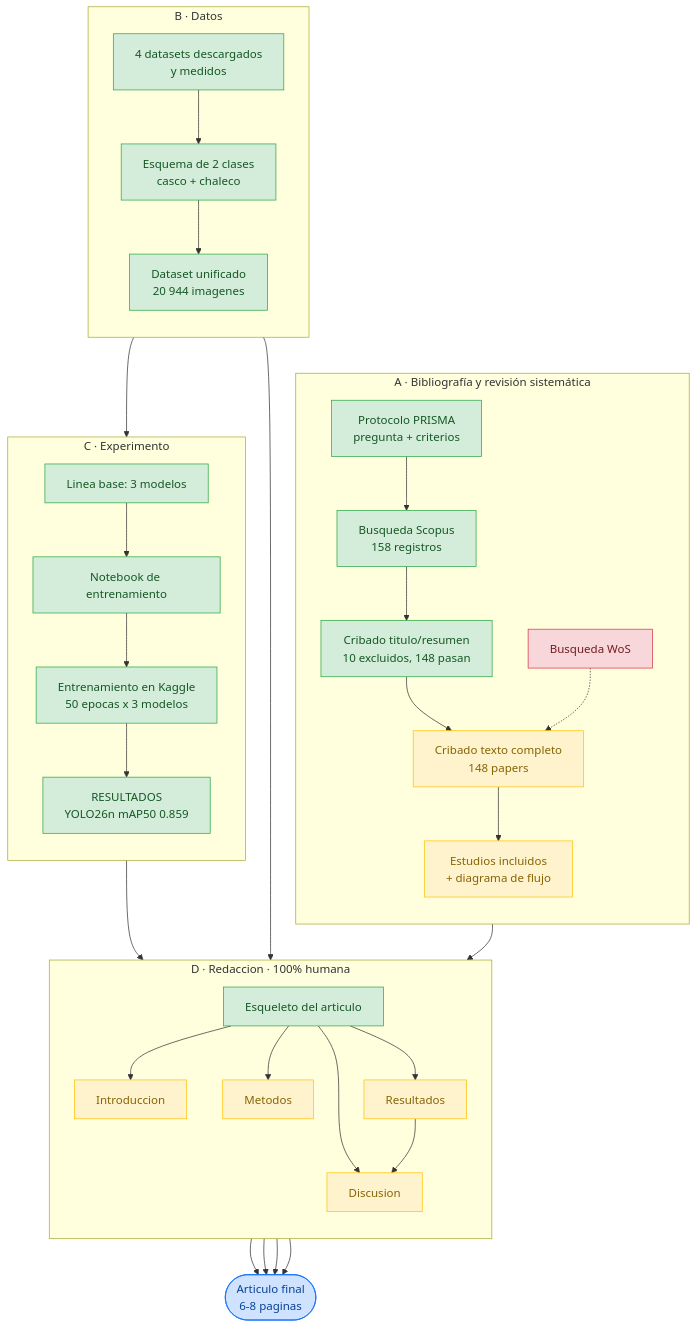
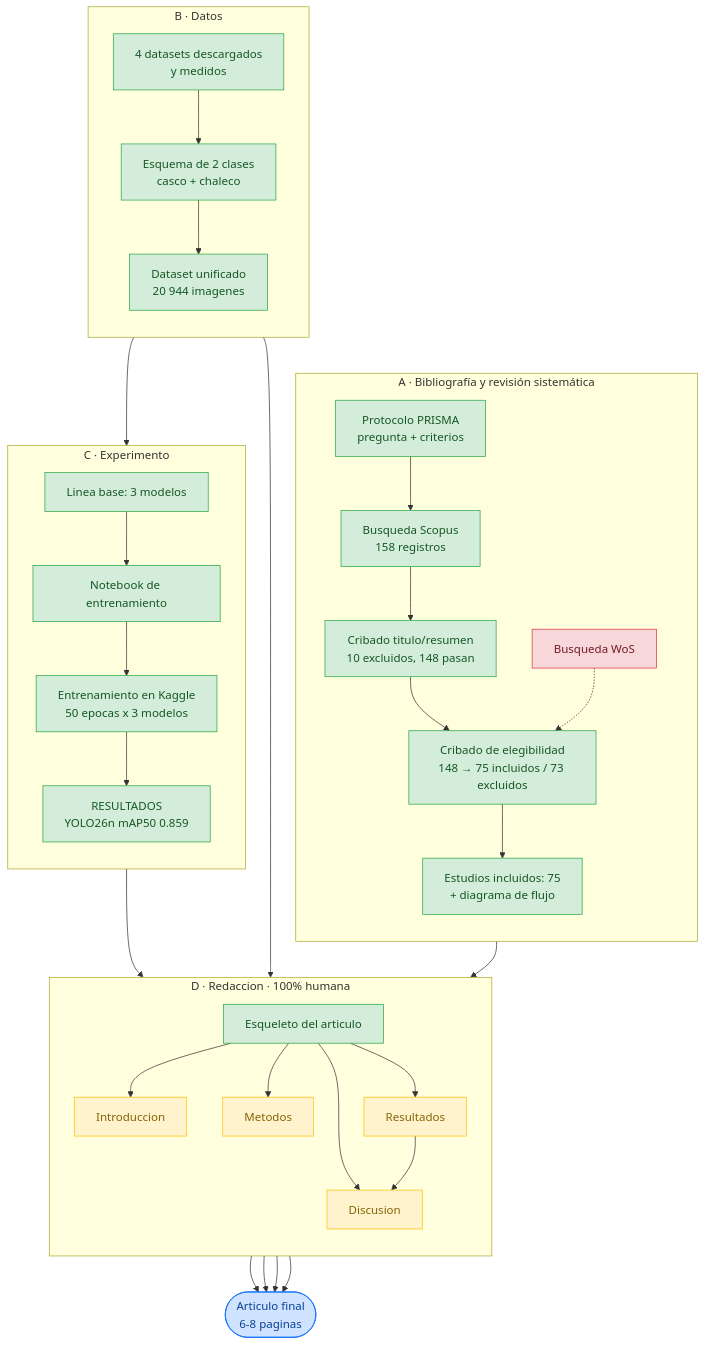
Before and after one commit to agajinformatica/Vision_por_computadora: the diagram in TRABAJO GRUPAL/Sobre Diagramas de Flujo/01_MAPA_GENERAL.md, drawn with Mermaid. The commit also changed other lines of this file and 150 other files, not shown here.

````diff
--- a/TRABAJO GRUPAL/Sobre Diagramas de Flujo/01_MAPA_GENERAL.md
+++ b/TRABAJO GRUPAL/Sobre Diagramas de Flujo/01_MAPA_GENERAL.md
@@ -6,54 +6,54 @@
 ```mermaid
 flowchart TB
     subgraph BIB["A · Bibliografía y revisión sistemática"]
         direction TB
         B1["Protocolo PRISMA<br/>pregunta + criterios"]:::ok
         B2["Busqueda Scopus<br/>158 registros"]:::ok
         B3["Cribado titulo/resumen<br/>10 excluidos, 148 pasan"]:::ok
         B4["Busqueda WoS"]:::blocked
-        B5["Cribado texto completo<br/>148 papers"]:::todo
-        B6["Estudios incluidos<br/>+ diagrama de flujo"]:::todo
+        B5["Cribado de elegibilidad<br/>148 → 75 incluidos / 73 excluidos"]:::ok
+        B6["Estudios incluidos: 75<br/>+ diagrama de flujo"]:::ok
         B1 --> B2 --> B3 --> B5 --> B6
         B4 -.-> B5
     end
 
     subgraph DAT["B · Datos"]
         direction TB
         D1["4 datasets descargados<br/>y medidos"]:::ok
         D2["Esquema de 2 clases<br/>casco + chaleco"]:::ok
         D3["Dataset unificado<br/>20 944 imagenes"]:::ok
         D1 --> D2 --> D3
     end
 
     subgraph EXP["C · Experimento"]
         direction TB
         E1["Linea base: 3 modelos"]:::ok
         E2["Notebook de entrenamiento"]:::ok
         E3["Entrenamiento en Kaggle<br/>50 epocas x 3 modelos"]:::ok
         E4["RESULTADOS<br/>YOLO26n mAP50 0.859"]:::ok
         E1 --> E2 --> E3 --> E4
     end
 
     subgraph RED["D · Redaccion · 100% humana"]
         direction TB
         R1["Esqueleto del articulo"]:::ok
         R2["Introduccion"]:::todo
         R3["Metodos"]:::todo
         R4["Resultados"]:::todo
         R5["Discusion"]:::todo
         R1 --> R2 & R3 & R4 & R5
     end
 
     PAPER(["Articulo final<br/>6-8 paginas"]):::meta
 
     B6 --> R2
     D3 --> E2
     D3 --> R3
     E4 --> R4 --> R5
     R2 & R3 & R4 & R5 --> PAPER
 
     classDef ok fill:#d4edda,stroke:#28a745,color:#155724
     classDef todo fill:#fff3cd,stroke:#ffc107,color:#856404
     classDef blocked fill:#f8d7da,stroke:#dc3545,color:#721c24
     classDef meta fill:#cfe2ff,stroke:#0d6efd,color:#084298
 ```
````
